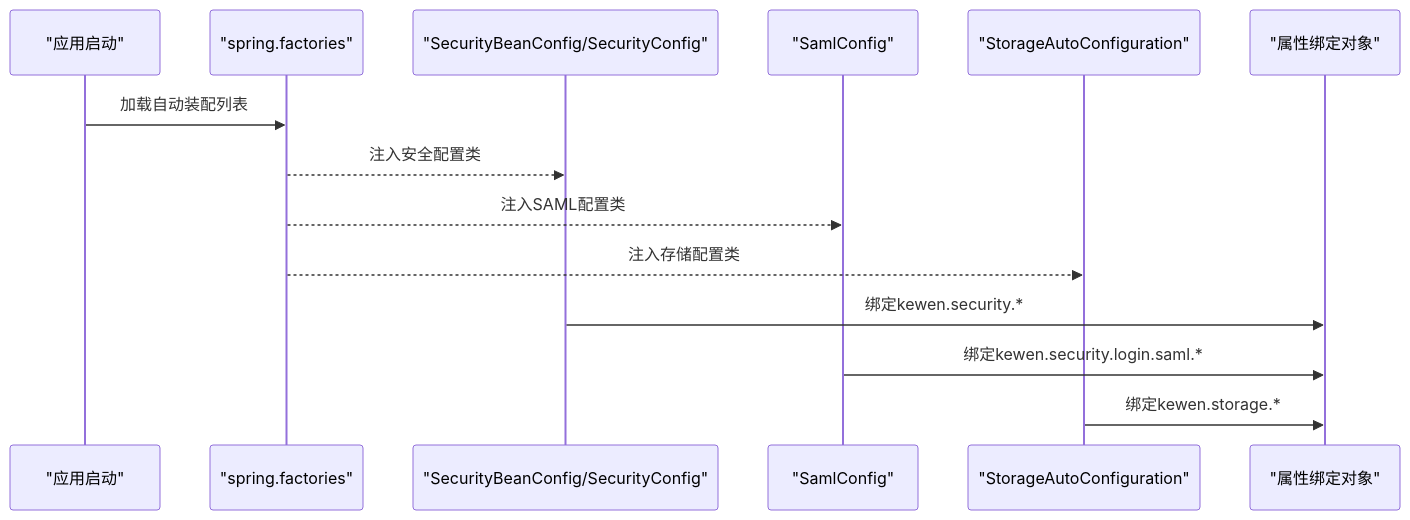
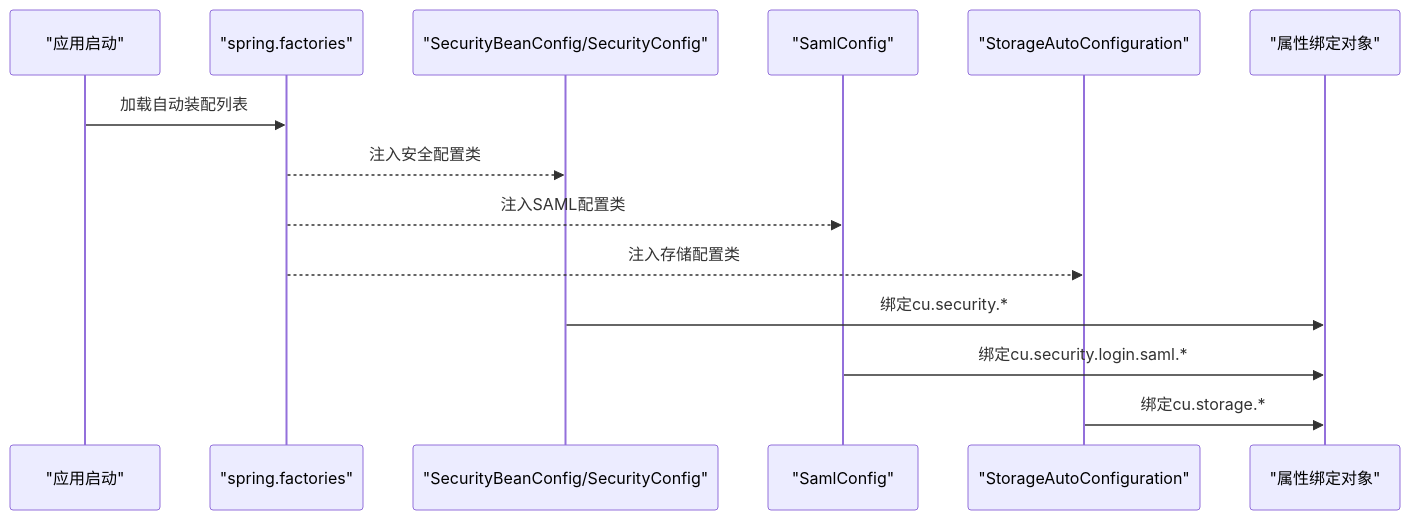
The second of 5 diagrams in .qoder/repowiki/zh/content/部署指南/环境配置.md (LiukewenSC/kewen-framework), drawn with Mermaid before and after one commit. The commit also changed other lines of this file and 764 other files, not shown here.

````diff
--- a/.qoder/repowiki/zh/content/部署指南/环境配置.md
+++ b/.qoder/repowiki/zh/content/部署指南/环境配置.md
@@ -101,16 +101,16 @@
 ```mermaid
 sequenceDiagram
 participant App as "应用启动"
 participant Factories as "spring.factories"
 participant SecCfg as "SecurityBeanConfig/SecurityConfig"
 participant SamlCfg as "SamlConfig"
 participant StoreCfg as "StorageAutoConfiguration"
 participant Props as "属性绑定对象"
 App->>Factories : 加载自动装配列表
 Factories-->>SecCfg : 注入安全配置类
 Factories-->>SamlCfg : 注入SAML配置类
 Factories-->>StoreCfg : 注入存储配置类
-SecCfg->>Props : 绑定kewen.security.*
-SamlCfg->>Props : 绑定kewen.security.login.saml.*
-StoreCfg->>Props : 绑定kewen.storage.*
+SecCfg->>Props : 绑定cu.security.*
+SamlCfg->>Props : 绑定cu.security.login.saml.*
+StoreCfg->>Props : 绑定cu.storage.*
 ```
````
